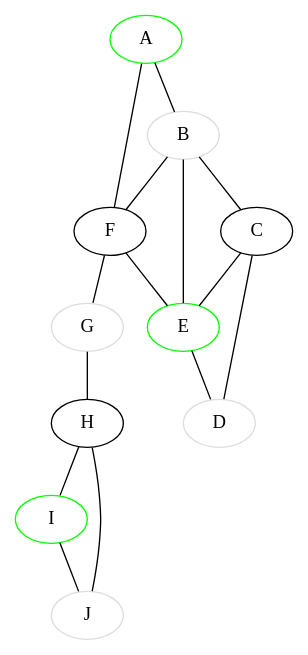
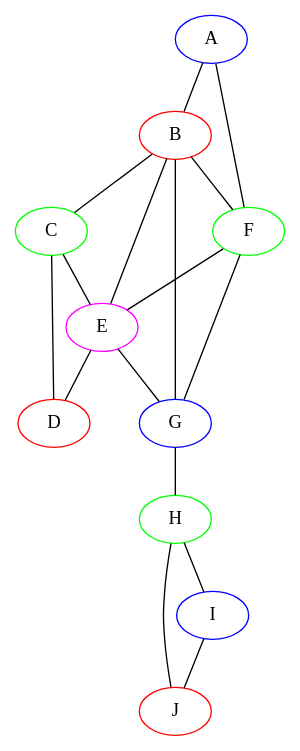
The diagram in cor.dot (giovannirosa/grafos-trabalho-2), drawn with Graphviz before and after one commit. The commit also changed 7 other files, not shown here.

```diff
--- a/cor.dot
+++ b/cor.dot
@@ -1,40 +1,45 @@
+//Foram usadas 4 cores distintas: #0000FF, #FF0000, #00FF00, #FF00FF
 strict graph third {
-  A [color="#00FF00"]
-  B [color="#DDDDDD"]
-  F [color="#000000"]
-  C [color="#000000"]
-  E [color="#00FF00"]
-  D [color="#DDDDDD"]
-  G [color="#DDDDDD"]
-  H [color="#000000"]
-  I [color="#00FF00"]
-  J [color="#DDDDDD"]
+  A [color="#0000FF"]
+  B [color="#FF0000"]
+  F [color="#00FF00"]
+  C [color="#00FF00"]
+  E [color="#FF00FF"]
+  D [color="#FF0000"]
+  G [color="#0000FF"]
+  H [color="#00FF00"]
+  I [color="#0000FF"]
+  J [color="#FF0000"]
   A -- B 
   A -- F 
   B -- A 
   B -- F 
   B -- C 
   B -- E 
+  B -- G 
   F -- A 
   F -- B 
   F -- E 
   F -- G 
   C -- B 
   C -- E 
   C -- D 
   E -- B 
   E -- F 
   E -- C 
+  E -- G 
   E -- D 
   D -- C 
   D -- E 
+  G -- B 
   G -- F 
+  G -- E 
   G -- H 
   H -- G 
   H -- I 
   H -- J 
   I -- H 
   I -- J 
   J -- H 
   J -- I 
 }
```
